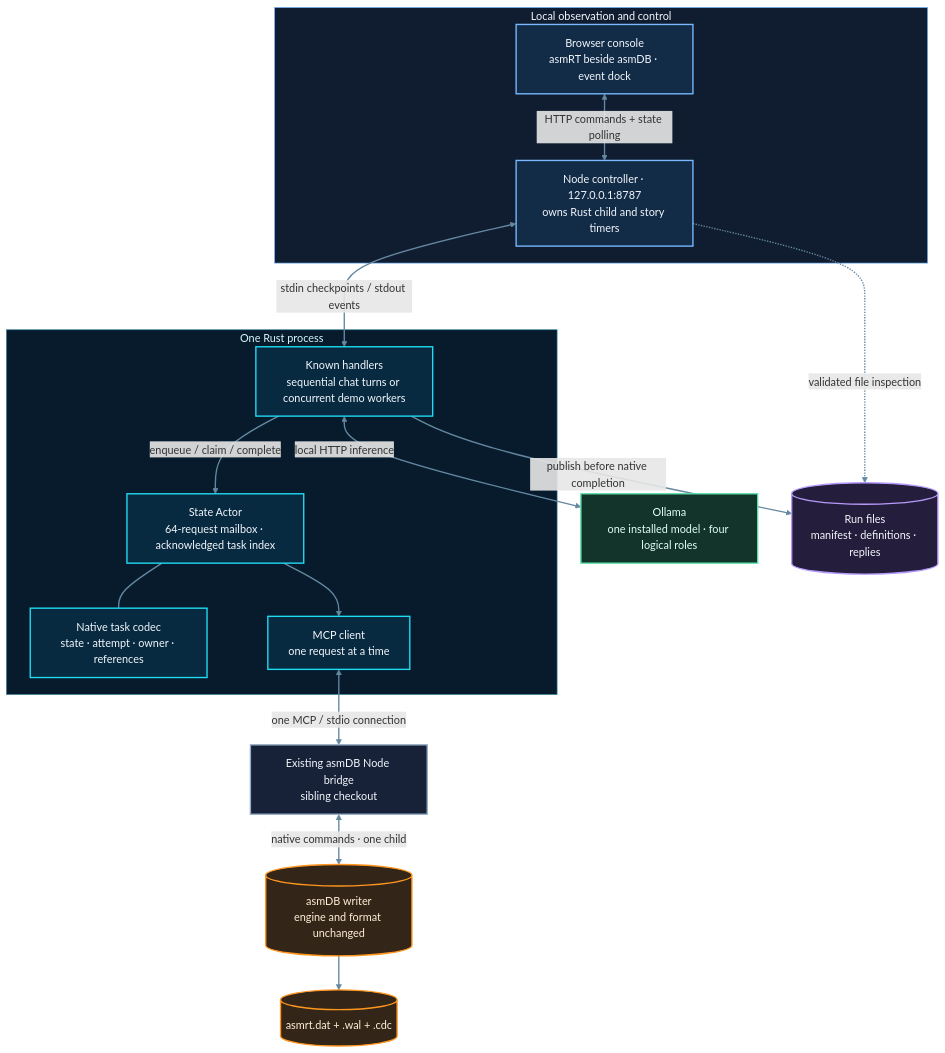
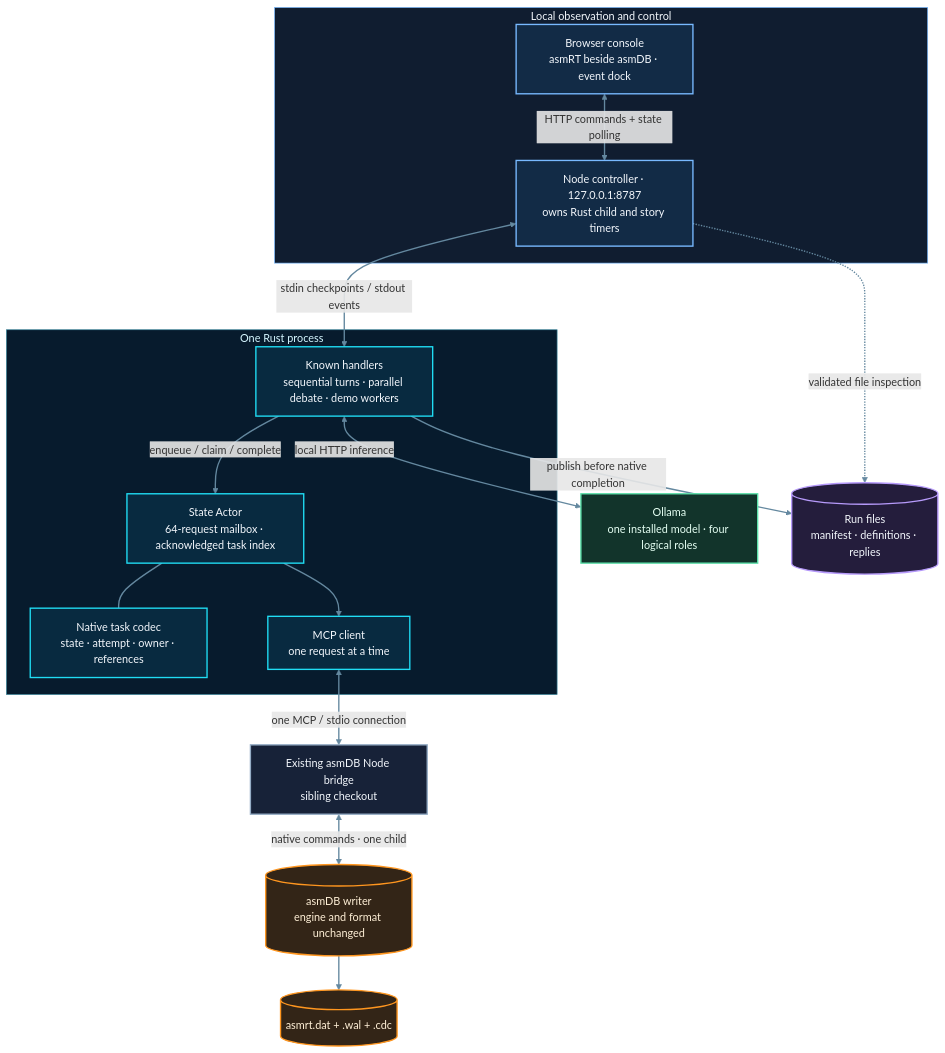
Before and after one commit to fredgis/asmRT: the diagram in Docs/diagrams/architecture.mmd, drawn with Mermaid. The commit also changed 27 other files, not shown here.

```diff
--- a/Docs/diagrams/architecture.mmd
+++ b/Docs/diagrams/architecture.mmd
@@ -1,37 +1,37 @@
 flowchart TB
     subgraph VIEW["Local observation and control"]
         UI["Browser console<br>asmRT beside asmDB · event dock"]
         CTRL["Node controller · 127.0.0.1:8787<br>owns Rust child and story timers"]
         UI <-->|"HTTP commands + state polling"| CTRL
     end
     subgraph RUST["One Rust process"]
-        H["Known handlers<br>sequential chat turns or concurrent demo workers"]
+        H["Known handlers<br>sequential turns · parallel debate · demo workers"]
         A["State Actor<br>64-request mailbox · acknowledged task index"]
         C["Native task codec<br>state · attempt · owner · references"]
         M["MCP client<br>one request at a time"]
         H -->|"enqueue / claim / complete"| A
         A --- C
         A --> M
     end
     CTRL <-->|"stdin checkpoints / stdout events"| H
     M <-->|"one MCP / stdio connection"| BRIDGE["Existing asmDB Node bridge<br>sibling checkout"]
     BRIDGE <-->|"native commands · one child"| DB[("asmDB writer<br>engine and format unchanged")]
     DB --> NATIVE[("asmrt.dat + .wal + .cdc")]
     H <-->|"local HTTP inference"| LLM["Ollama<br>one installed model · four logical roles"]
     H -->|"publish before native completion"| FILES[("Run files<br>manifest · definitions · replies")]
     CTRL -.->|"validated file inspection"| FILES
     classDef control fill:#122b46,stroke:#78b9ff,stroke-width:2px,color:#f3f7fc
     classDef runtime fill:#082a40,stroke:#20ddf4,stroke-width:2px,color:#f3f7fc
     classDef existing fill:#172238,stroke:#94acc5,stroke-width:2px,color:#f3f7fc
     classDef storage fill:#332517,stroke:#ff961f,stroke-width:2px,color:#fff0d7
     classDef payload fill:#241d3c,stroke:#b69afa,stroke-width:2px,color:#f3f7fc
     classDef model fill:#12342b,stroke:#5be0aa,stroke-width:2px,color:#e5fff3
     class UI,CTRL control
     class H,A,C,M runtime
     class BRIDGE existing
     class DB,NATIVE storage
     class FILES payload
     class LLM model
     style VIEW fill:#101d30,stroke:#78b9ff,color:#f3f7fc
     style RUST fill:#071b2d,stroke:#358399,color:#d5f6ff
     linkStyle default stroke:#64889f,stroke-width:2px
```
